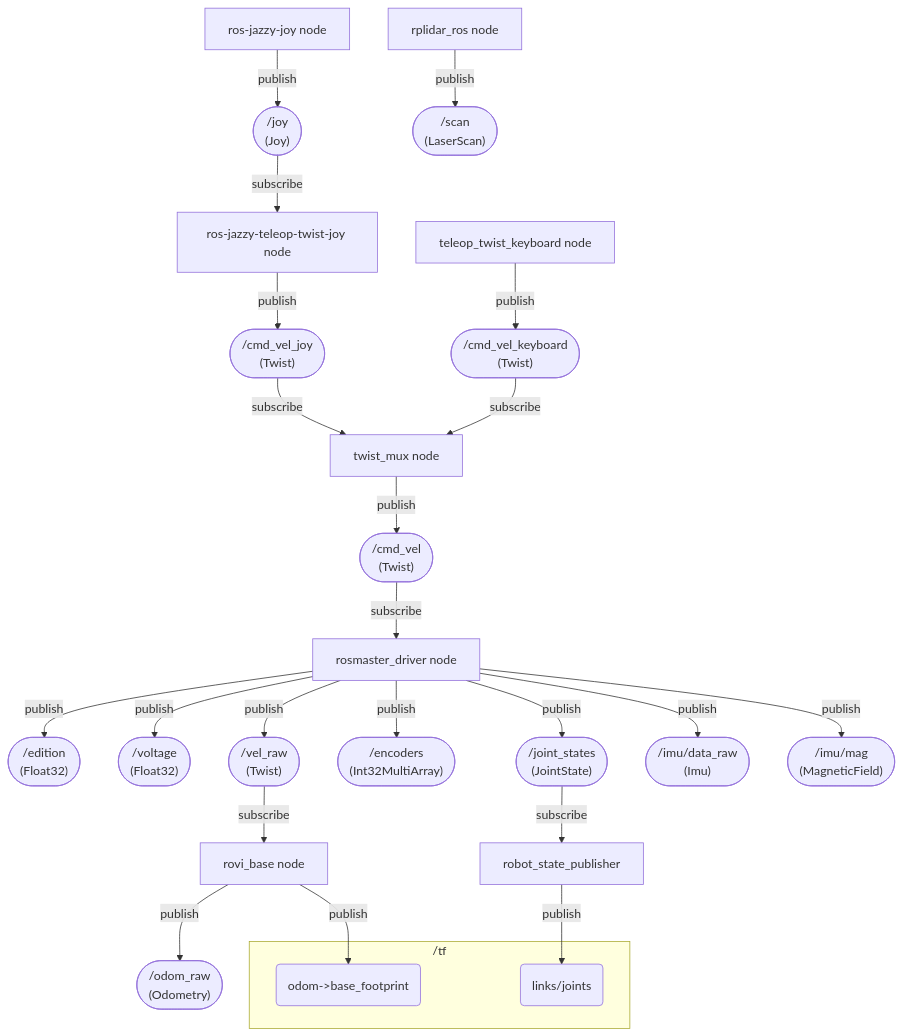
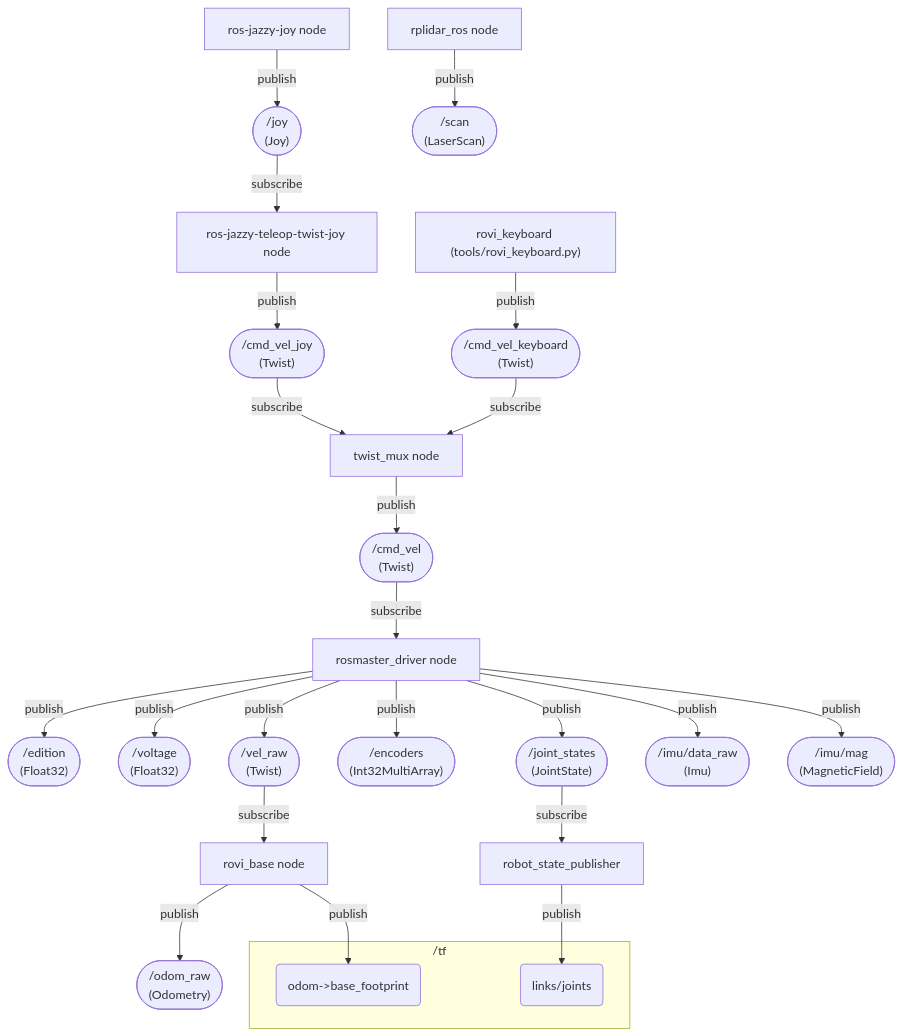
One commit to Roblibs/rovi_ros_ws changed the second of 12 diagrams in README.md. Above: the diagram before and after it, drawn with Mermaid. The commit also changed other lines of this file, not shown here.

````diff
--- a/README.md
+++ b/README.md
@@ -253,60 +230,60 @@
 ```mermaid
 flowchart TD
   Rosmaster[rosmaster_driver node]
 
   Joystick["ros-jazzy-joy node"]
   JOY(["/joy<br/>(Joy)"])
   Joystick -->|publish| JOY
 
   RoviJoy["ros-jazzy-teleop-twist-joy node"]
   JOY -->|subscribe| RoviJoy
   CMD_JOY(["/cmd_vel_joy<br/>(Twist)"])
   RoviJoy -->|publish| CMD_JOY
 
-  Keyboard["teleop_twist_keyboard node"]
+  Keyboard["rovi_keyboard (tools/rovi_keyboard.py)"]
   CMD_KEY(["/cmd_vel_keyboard<br/>(Twist)"])
   Keyboard -->|publish| CMD_KEY
 
   TwistMux["twist_mux node"]
   CMD_JOY -->|subscribe| TwistMux
   CMD_KEY -->|subscribe| TwistMux
   CMD(["/cmd_vel<br/>(Twist)"])
   TwistMux -->|publish| CMD
 
   CMD -->|subscribe| Rosmaster
   EDT(["/edition<br/>(Float32)"])
   VOL(["/voltage<br/>(Float32)"])
   VRAW(["/vel_raw<br/>(Twist)"])
   JSTATE(["/joint_states<br/>(JointState)"])
   ENC(["/encoders<br/>(Int32MultiArray)"])
   IMU_RAW(["/imu/data_raw<br/>(Imu)"])
   MAG(["/imu/mag<br/>(MagneticField)"])
   Rosmaster -->|publish| EDT
   Rosmaster -->|publish| VOL
   Rosmaster -->|publish| VRAW
   Rosmaster -->|publish| ENC
   Rosmaster -->|publish| JSTATE
   Rosmaster -->|publish| IMU_RAW
   Rosmaster -->|publish| MAG
 
   RoviBase["rovi_base node"]
   VRAW -->|subscribe| RoviBase
   ODRAW(["/odom_raw<br/>(Odometry)"])
 
   subgraph TF["/tf"]
     TF_ODOM_BASE("odom->base_footprint")
     TF_LINKS_JOINTS("links/joints")
   end
 
   RoviBase -->|publish| ODRAW
   RoviBase -->|publish| TF_ODOM_BASE
 
   RSP["robot_state_publisher"]
   JSTATE -->|subscribe| RSP
   RSP -->|publish| TF_LINKS_JOINTS
 
   RPLidar["rplidar_ros node"]
   SCAN(["/scan<br/>(LaserScan)"])
   RPLidar -->|publish| SCAN
 
 ```
````
